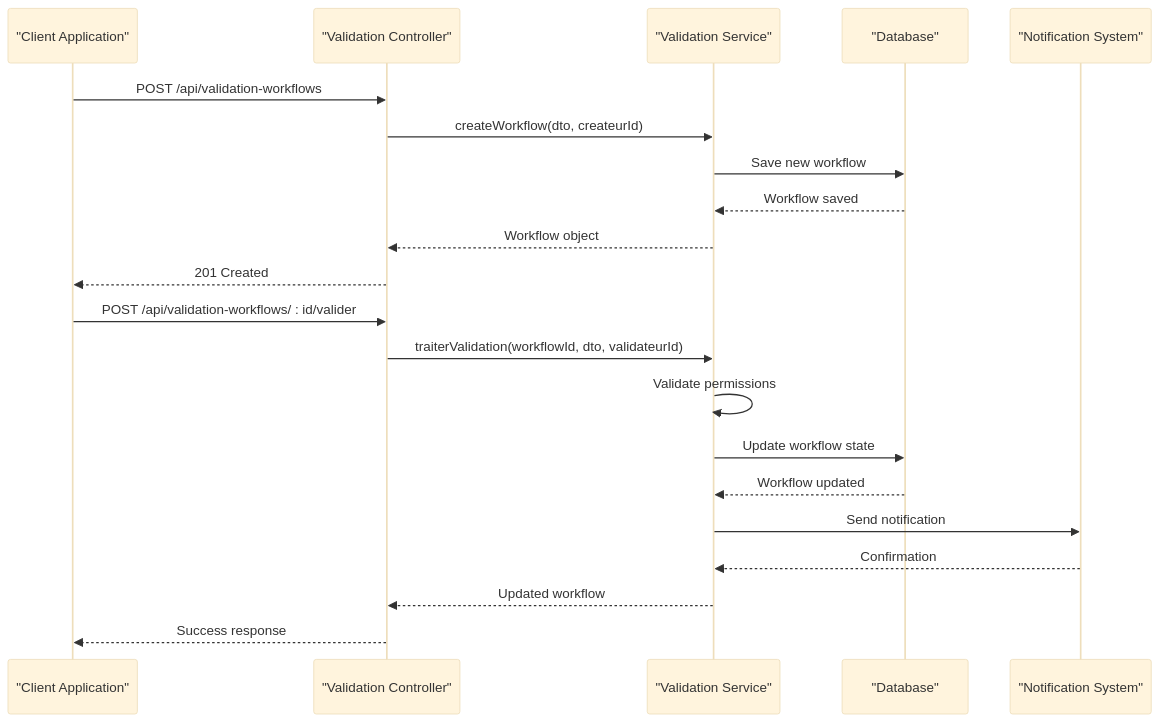
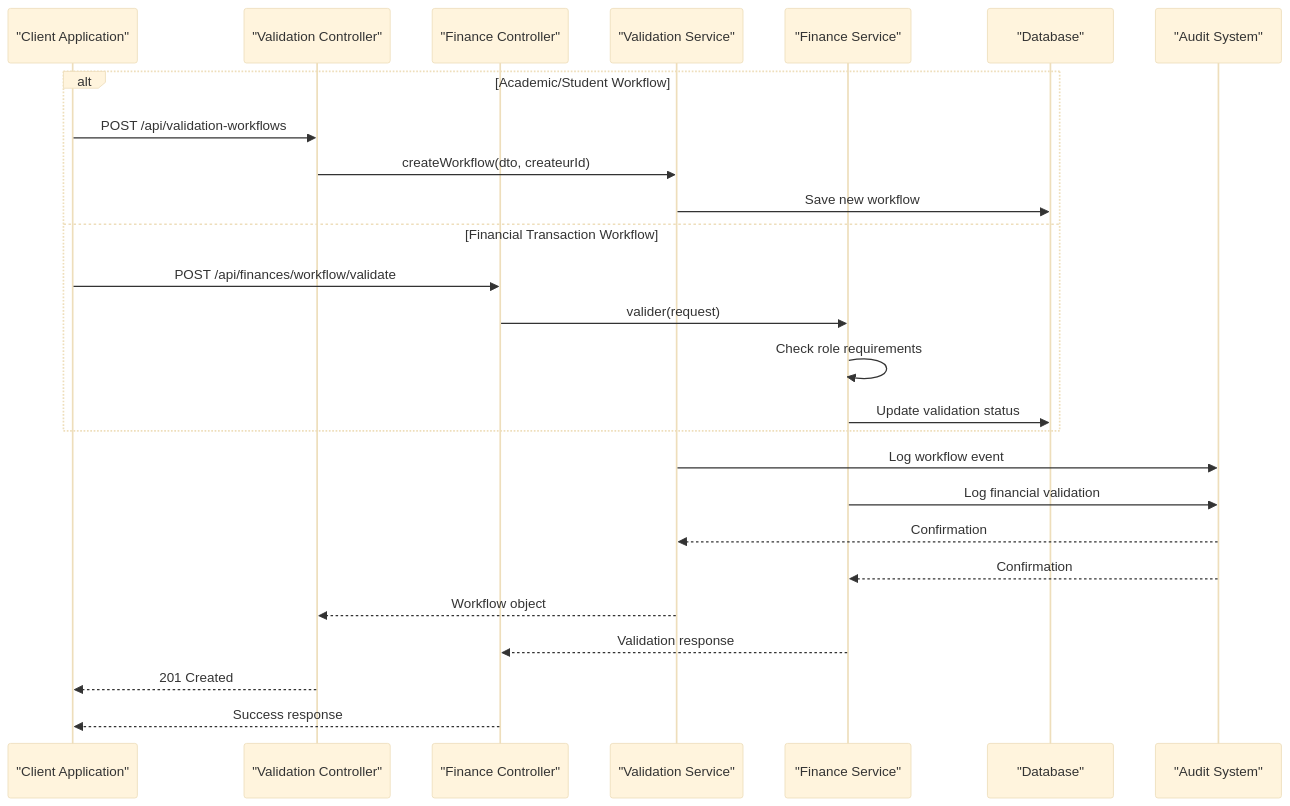
Before and after one commit to franckylab/eLISAschool: the fourth of 13 diagrams in .qoder/repowiki/en/content/Modules & Features/Validation Workflow System.md, drawn with Mermaid (base theme). The commit also changed other lines of this file and 236 other files, not shown here.

````diff
--- a/.qoder/repowiki/en/content/Modules & Features/Validation Workflow System.md
+++ b/.qoder/repowiki/en/content/Modules & Features/Validation Workflow System.md
@@ -189,23 +267,28 @@
 ```mermaid
 sequenceDiagram
 participant Client as "Client Application"
-participant Controller as "Validation Controller"
-participant Service as "Validation Service"
+participant ValidationController as "Validation Controller"
+participant FinanceController as "Finance Controller"
+participant ValidationService as "Validation Service"
+participant FinanceService as "Finance Service"
 participant DB as "Database"
-participant Notify as "Notification System"
-Client->>Controller : POST /api/validation-workflows
-Controller->>Service : createWorkflow(dto, createurId)
-Service->>DB : Save new workflow
-DB-->>Service : Workflow saved
-Service-->>Controller : Workflow object
-Controller-->>Client : 201 Created
-Client->>Controller : POST /api/validation-workflows/ : id/valider
-Controller->>Service : traiterValidation(workflowId, dto, validateurId)
-Service->>Service : Validate permissions
-Service->>DB : Update workflow state
-DB-->>Service : Workflow updated
-Service->>Notify : Send notification
-Notify-->>Service : Confirmation
-Service-->>Controller : Updated workflow
-Controller-->>Client : Success response
+participant Audit as "Audit System"
+alt Academic/Student Workflow
+Client->>ValidationController : POST /api/validation-workflows
+ValidationController->>ValidationService : createWorkflow(dto, createurId)
+ValidationService->>DB : Save new workflow
+else Financial Transaction Workflow
+Client->>FinanceController : POST /api/finances/workflow/validate
+FinanceController->>FinanceService : valider(request)
+FinanceService->>FinanceService : Check role requirements
+FinanceService->>DB : Update validation status
+end
+ValidationService->>Audit : Log workflow event
+FinanceService->>Audit : Log financial validation
+Audit-->>ValidationService : Confirmation
+Audit-->>FinanceService : Confirmation
+ValidationService-->>ValidationController : Workflow object
+FinanceService-->>FinanceController : Validation response
+ValidationController-->>Client : 201 Created
+FinanceController-->>Client : Success response
 ```
````
